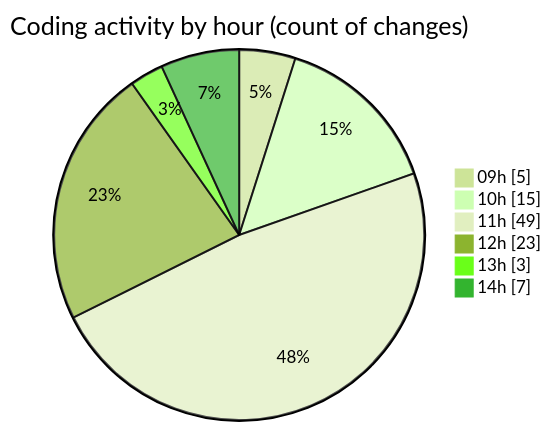
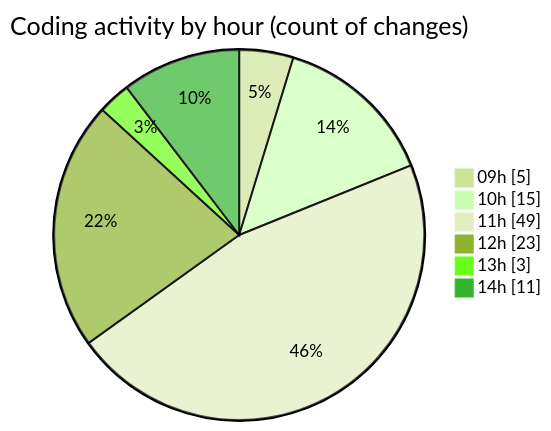
Before and after one commit to CELIANVF/code-tracking: the second of 2 diagrams in 2025-06-13/ecodeli-1/README.md, drawn with Mermaid (forest theme). The commit also changed other lines of this file and 1 other file, not shown here.

````diff
--- a/2025-06-13/ecodeli-1/README.md
+++ b/2025-06-13/ecodeli-1/README.md
@@ -51,10 +51,10 @@
 ```mermaid
 pie showData
 title Coding activity by hour (count of changes)
 "09h" : 5
 "10h" : 15
 "11h" : 49
 "12h" : 23
 "13h" : 3
-"14h" : 7
+"14h" : 11
 ```
````
